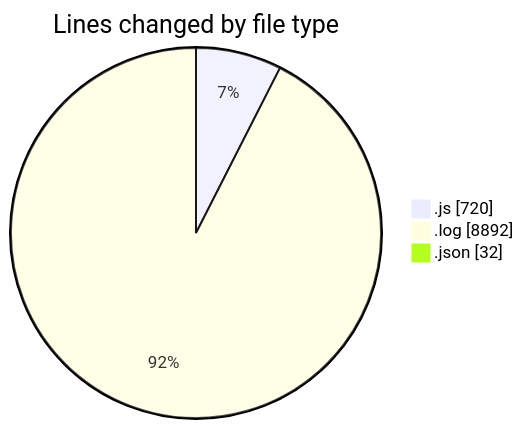
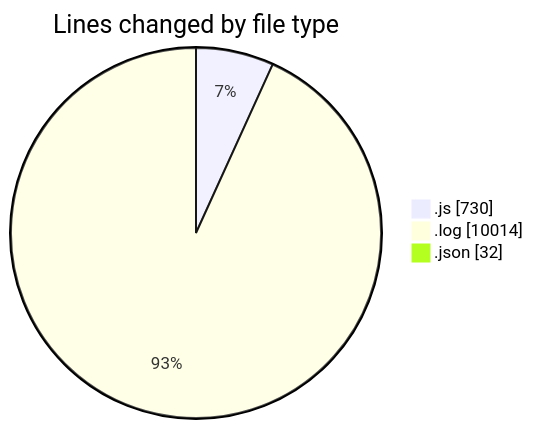
Before and after one commit to nxtqubesakshisongat/code-tracking: the first of 2 diagrams in 2025-04-15/nxtqube_webapp/README.md, drawn with Mermaid. The commit also changed other lines of this file and 1 other file, not shown here.

````diff
--- a/2025-04-15/nxtqube_webapp/README.md
+++ b/2025-04-15/nxtqube_webapp/README.md
@@ -28,7 +29,7 @@
 ```mermaid
 pie showData
 title Lines changed by file type
-".js" : 720
-".log" : 8892
+".js" : 730
+".log" : 10014
 ".json" : 32
 ```
````
